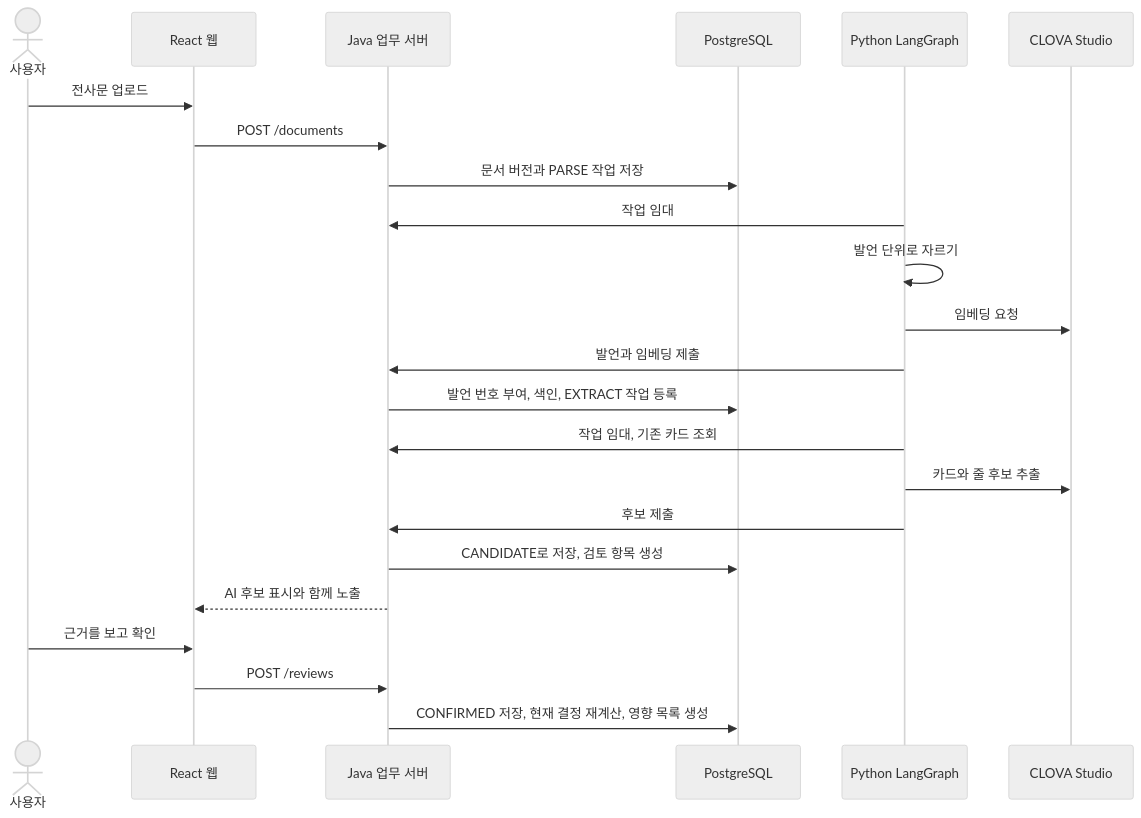
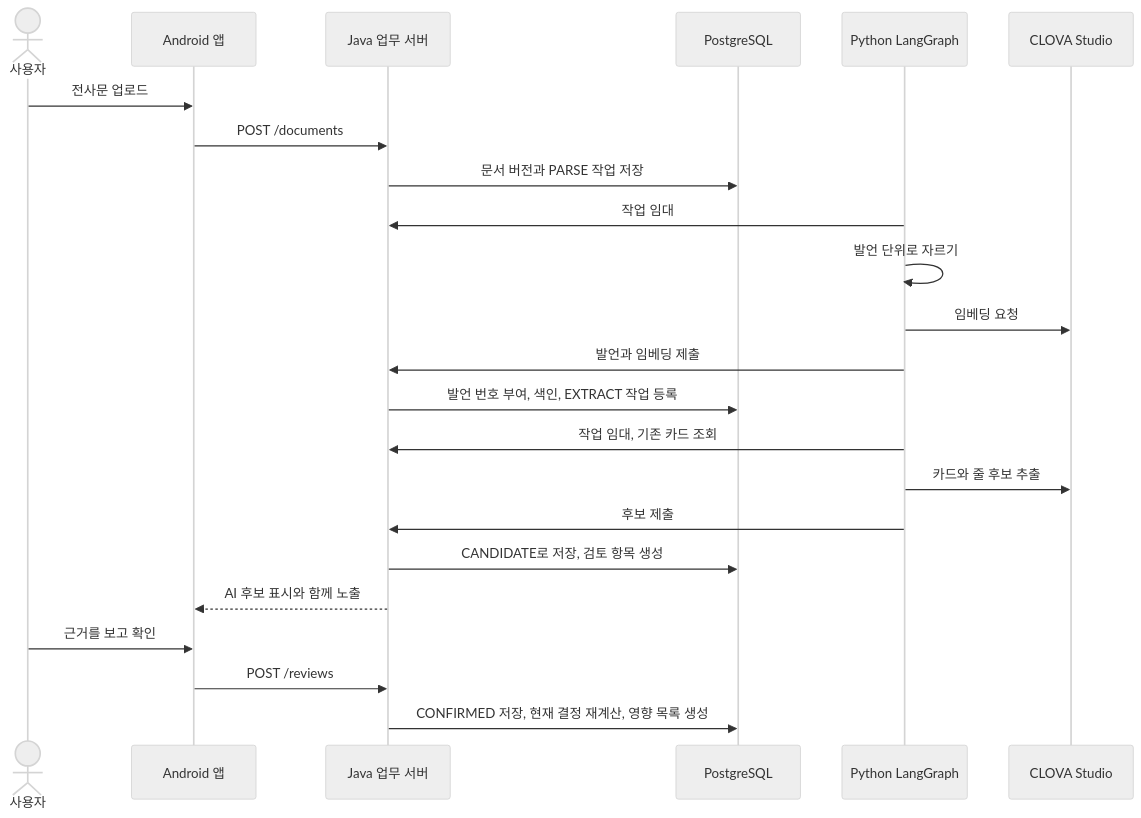
One commit to dainkil/contexa changed the fifth of 6 diagrams in docs/contexa_architecture.md. Above: the diagram before and after it, drawn with Mermaid (neutral theme). The commit also changed other lines of this file and 8 other files, not shown here.

````diff
--- a/docs/contexa_architecture.md
+++ b/docs/contexa_architecture.md
@@ -165,25 +165,25 @@
 ```mermaid
 sequenceDiagram
     actor U as 사용자
-    participant W as React 웹
+    participant W as Android 앱
     participant J as Java 업무 서버
     participant D as PostgreSQL
     participant P as Python LangGraph
     participant M as CLOVA Studio
     U->>W: 전사문 업로드
     W->>J: POST /documents
     J->>D: 문서 버전과 PARSE 작업 저장
     P->>J: 작업 임대
     P->>P: 발언 단위로 자르기
     P->>M: 임베딩 요청
     P->>J: 발언과 임베딩 제출
     J->>D: 발언 번호 부여, 색인, EXTRACT 작업 등록
     P->>J: 작업 임대, 기존 카드 조회
     P->>M: 카드와 줄 후보 추출
     P->>J: 후보 제출
     J->>D: CANDIDATE로 저장, 검토 항목 생성
     J-->>W: AI 후보 표시와 함께 노출
     U->>W: 근거를 보고 확인
     W->>J: POST /reviews
     J->>D: CONFIRMED 저장, 현재 결정 재계산, 영향 목록 생성
 ```
````
